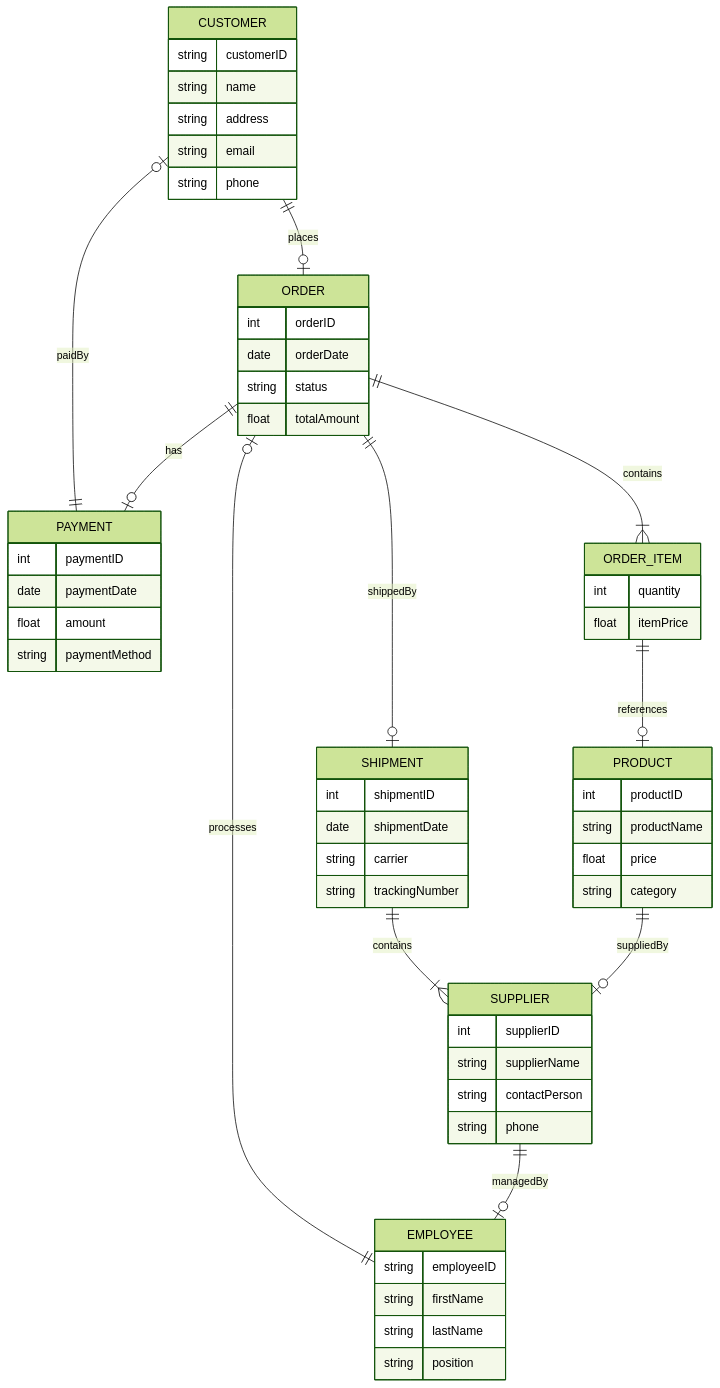
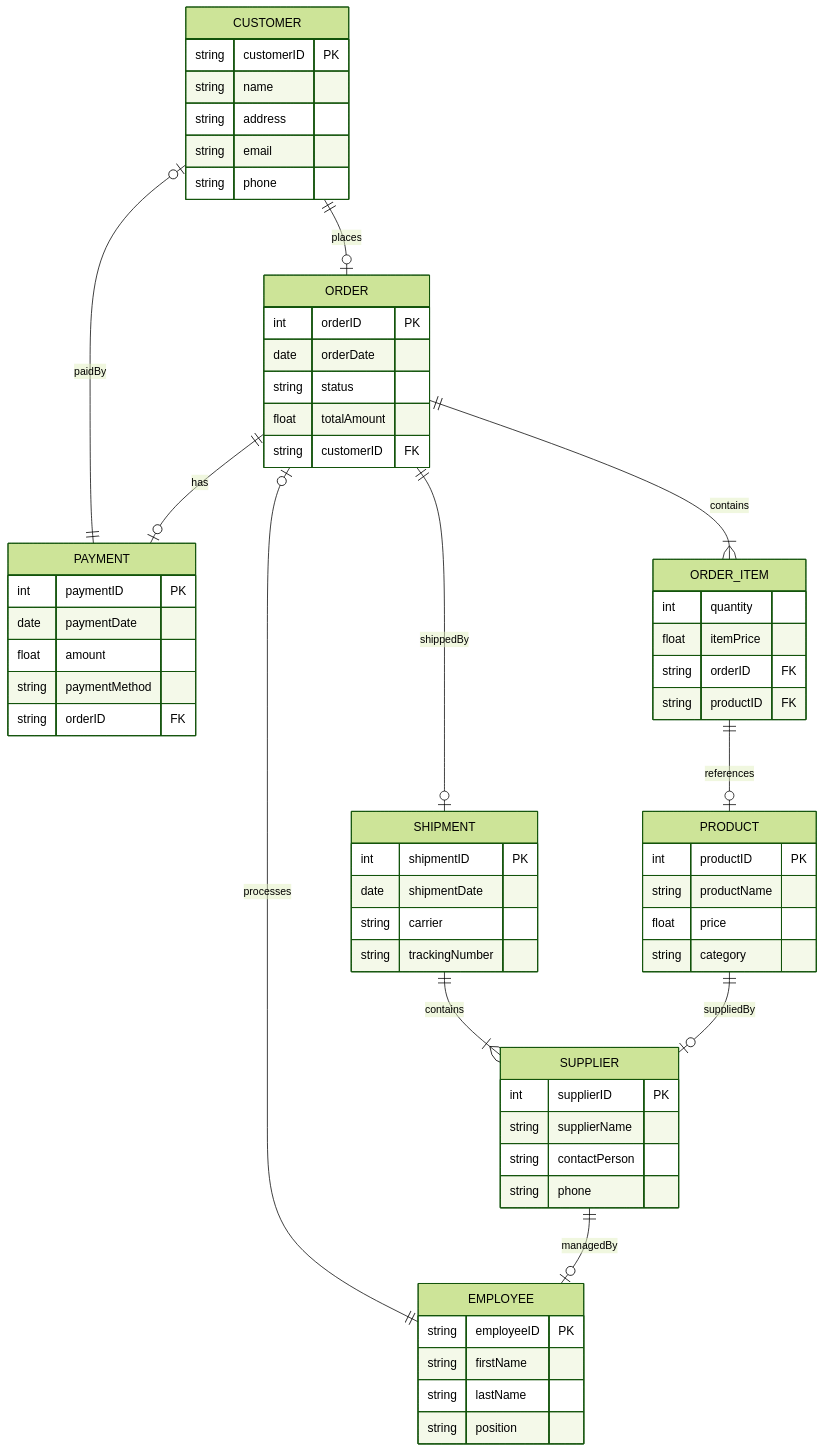
One commit to MeRezaRezaei/Mermaid-Cheat-Sheet changed the diagram in ER (Entity-Relationship Diagram).mmd. Above: the diagram before and after it, drawn with Mermaid (forest theme).

Commit message:
Add primary and foreign key annotations to entities
Updated entity attributes to include primary and foreign key designations.

```diff
--- a/ER (Entity-Relationship Diagram).mmd
+++ b/ER (Entity-Relationship Diagram).mmd
@@ -1,66 +1,91 @@
 erDiagram
+    %% CUSTOMER entity
     CUSTOMER {
-        string customerID
+        string customerID PK
         string name
         string address
         string email
         string phone
     }
-    
+
+    %% ORDER entity
     ORDER {
-        int orderID
+        int orderID PK
         date orderDate
         string status
         float totalAmount
+        string customerID FK
     }
-    
+
+    %% PRODUCT entity
     PRODUCT {
-        int productID
+        int productID PK
         string productName
         float price
         string category
     }
-    
+
+    %% EMPLOYEE entity
     EMPLOYEE {
-        string employeeID
+        string employeeID PK
         string firstName
         string lastName
         string position
     }
 
+    %% PAYMENT entity
     PAYMENT {
-        int paymentID
+        int paymentID PK
         date paymentDate
         float amount
         string paymentMethod
+        string orderID FK
     }
 
+    %% SHIPMENT entity
     SHIPMENT {
-        int shipmentID
+        int shipmentID PK
         date shipmentDate
         string carrier
         string trackingNumber
     }
 
+    %% SUPPLIER entity
     SUPPLIER {
-        int supplierID
+        int supplierID PK
         string supplierName
         string contactPerson
         string phone
     }
 
+    %% ORDER_ITEM entity
     ORDER_ITEM {
         int quantity
         float itemPrice
+        string orderID FK
+        string productID FK
     }
 
+    %% Relationships
     CUSTOMER ||--o| ORDER : places
     ORDER ||--|{ ORDER_ITEM : contains
     ORDER_ITEM ||--o| PRODUCT : references
     ORDER ||--o| PAYMENT : has
     ORDER ||--o| SHIPMENT : shippedBy
     EMPLOYEE ||--o| ORDER : processes
     PRODUCT ||--o| SUPPLIER : suppliedBy
     SHIPMENT ||--|{ SUPPLIER : contains
     PAYMENT ||--o| CUSTOMER : paidBy
     SUPPLIER ||--o| EMPLOYEE : managedBy
+
+    %% Relationship Descriptions:
+    %% "places" - A customer can place multiple orders. (One-to-many relationship)
+    %% "contains" - An order can contain multiple items. (One-to-many relationship)
+    %% "references" - Each order item references a single product. (Many-to-one relationship)
+    %% "has" - An order has one associated payment. (One-to-one relationship)
+    %% "shippedBy" - An order has one associated shipment. (One-to-one relationship)
+    %% "processes" - An employee can process multiple orders. (One-to-many relationship)
+    %% "suppliedBy" - A product is supplied by a single supplier. (Many-to-one relationship)
+    %% "contains" - A shipment may contain multiple products from the supplier. (One-to-many relationship)
+    %% "paidBy" - A payment is made by one customer. (One-to-one relationship)
+    %% "managedBy" - A supplier is managed by one employee. (One-to-one relationship)
```
